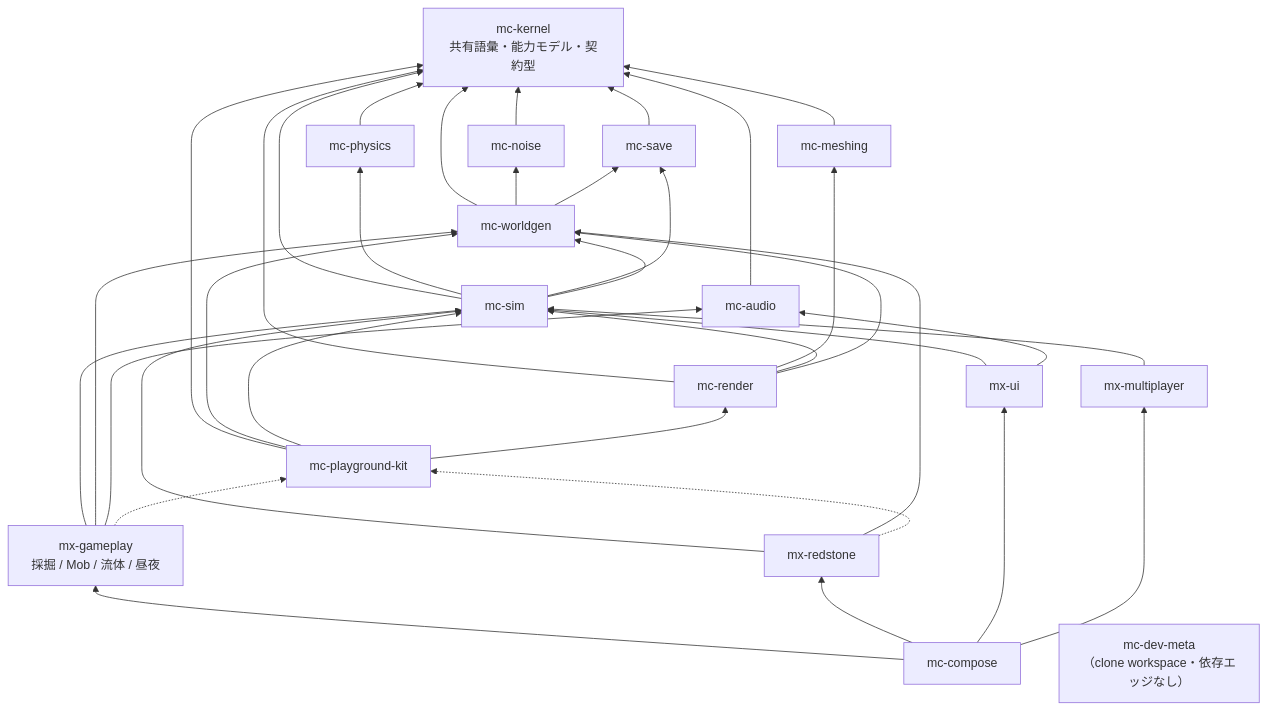
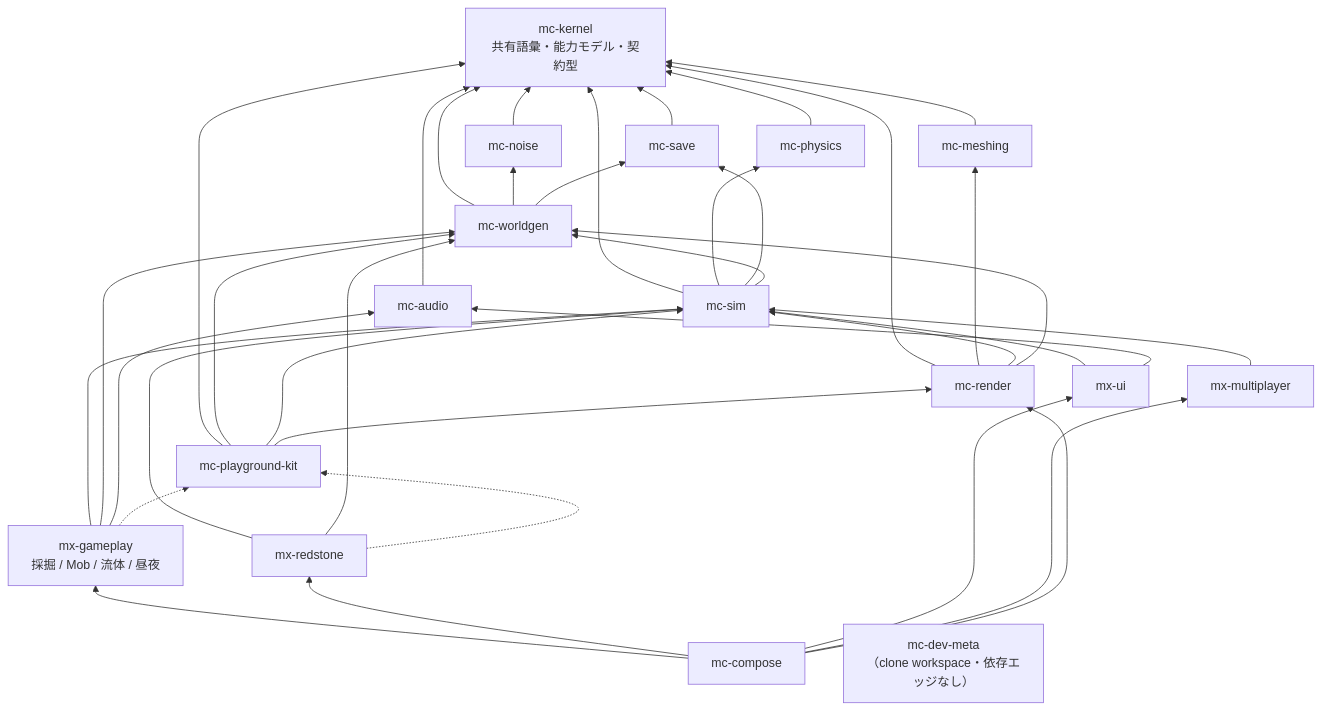
The diagram in docs/architecture.md (nerima-games/mx-gameplay), drawn with Mermaid before and after one commit. The commit also changed other lines of this file and 6 other files, not shown here.

````diff
--- a/docs/architecture.md
+++ b/docs/architecture.md
@@ -25,63 +25,64 @@
 ```mermaid
 graph BT
   kernel["mc-kernel<br/>共有語彙・能力モデル・契約型"]
   noise["mc-noise"]
   meshing["mc-meshing"]
   physics["mc-physics"]
   save["mc-save"]
   audio["mc-audio"]
   worldgen["mc-worldgen"]
   sim["mc-sim"]
   render["mc-render"]
   kit["mc-playground-kit"]
   gameplay["mx-gameplay<br/>採掘 / Mob / 流体 / 昼夜"]
   redstone["mx-redstone"]
   ui["mx-ui"]
   multiplayer["mx-multiplayer"]
   compose["mc-compose"]
   meta["mc-dev-meta<br/>（clone workspace・依存エッジなし）"]
 
   noise --> kernel
   meshing --> kernel
   physics --> kernel
   save --> kernel
   audio --> kernel
 
   worldgen --> kernel
   worldgen --> noise
   worldgen --> save
 
   sim --> kernel
   sim --> physics
   sim --> save
   sim --> worldgen
 
   render --> kernel
   render --> meshing
   render --> sim
   render --> worldgen
 
   kit --> kernel
   kit --> worldgen
   kit --> sim
   kit --> render
 
   gameplay --> sim
   gameplay --> worldgen
   gameplay --> audio
   gameplay -.-> kit
 
   redstone --> sim
   redstone --> worldgen
   redstone -.-> kit
 
   ui --> sim
   ui --> audio
 
   multiplayer --> sim
 
   compose --> gameplay
   compose --> redstone
   compose --> ui
   compose --> multiplayer
+  compose --> render
 ```
````
